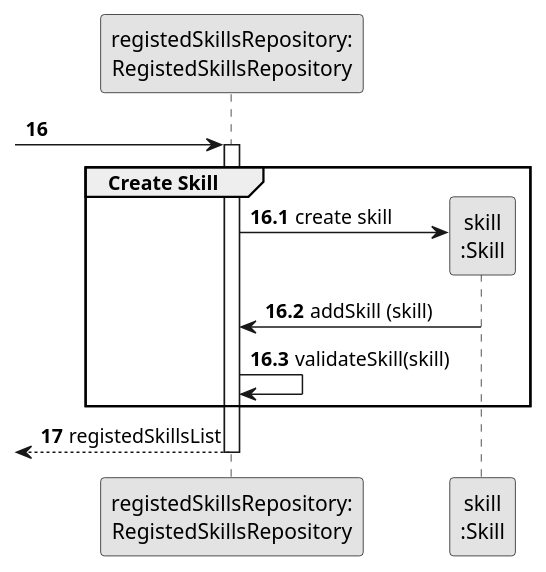
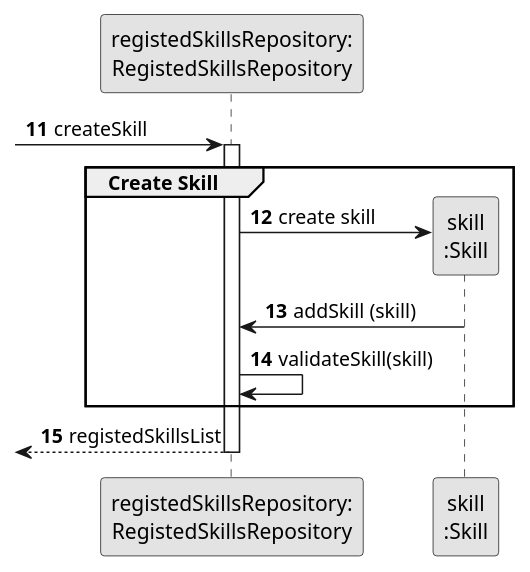
The diagram in docs/sprint2/us001/03.design/puml/us001-sequence-diagram-partial-create-skill.puml (1231360-ISEP/lei-24-s2-1db-g021), drawn with PlantUML before and after one commit. The commit also changed 8 other files, not shown here.

```diff
--- a/docs/sprint2/us001/03.design/puml/us001-sequence-diagram-partial-create-skill.puml
+++ b/docs/sprint2/us001/03.design/puml/us001-sequence-diagram-partial-create-skill.puml
@@ -1,30 +1,27 @@
 @startuml
 skinparam monochrome true
 skinparam packageStyle rectangle
 skinparam shadowing false
 
 participant "registedSkillsRepository:\nRegistedSkillsRepository" as RegistedSkillsRepository
 participant "skill\n:Skill" as TAREFA
 
-autonumber 16
--> RegistedSkillsRepository:
+autonumber 11
+-> RegistedSkillsRepository: createSkill
 
-autonumber 16.1
 activate RegistedSkillsRepository
     group Create Skill
 
         RegistedSkillsRepository -> TAREFA**: create skill
         TAREFA -> RegistedSkillsRepository: addSkill (skill)
 
             RegistedSkillsRepository -> RegistedSkillsRepository: validateSkill(skill)
 
     end
 
-    autonumber 17
-
     <-- RegistedSkillsRepository : registedSkillsList
 
 deactivate RegistedSkillsRepository
 
 
 @enduml
```
